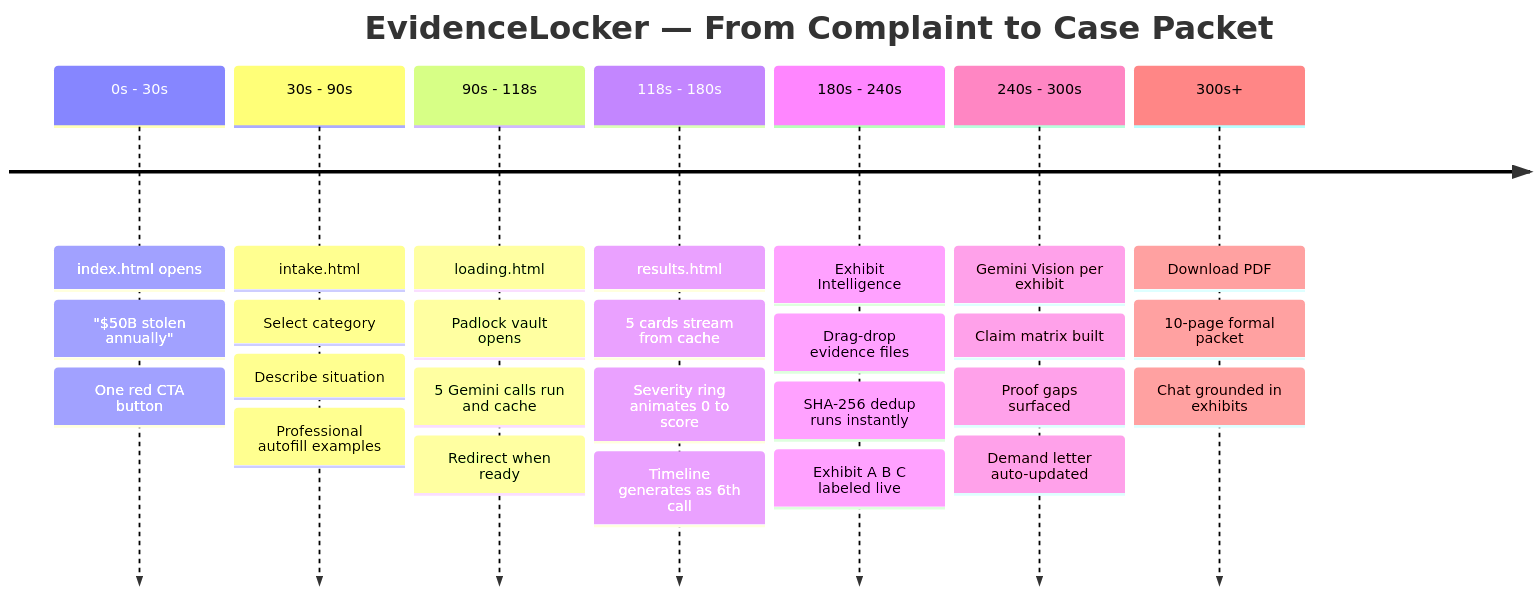
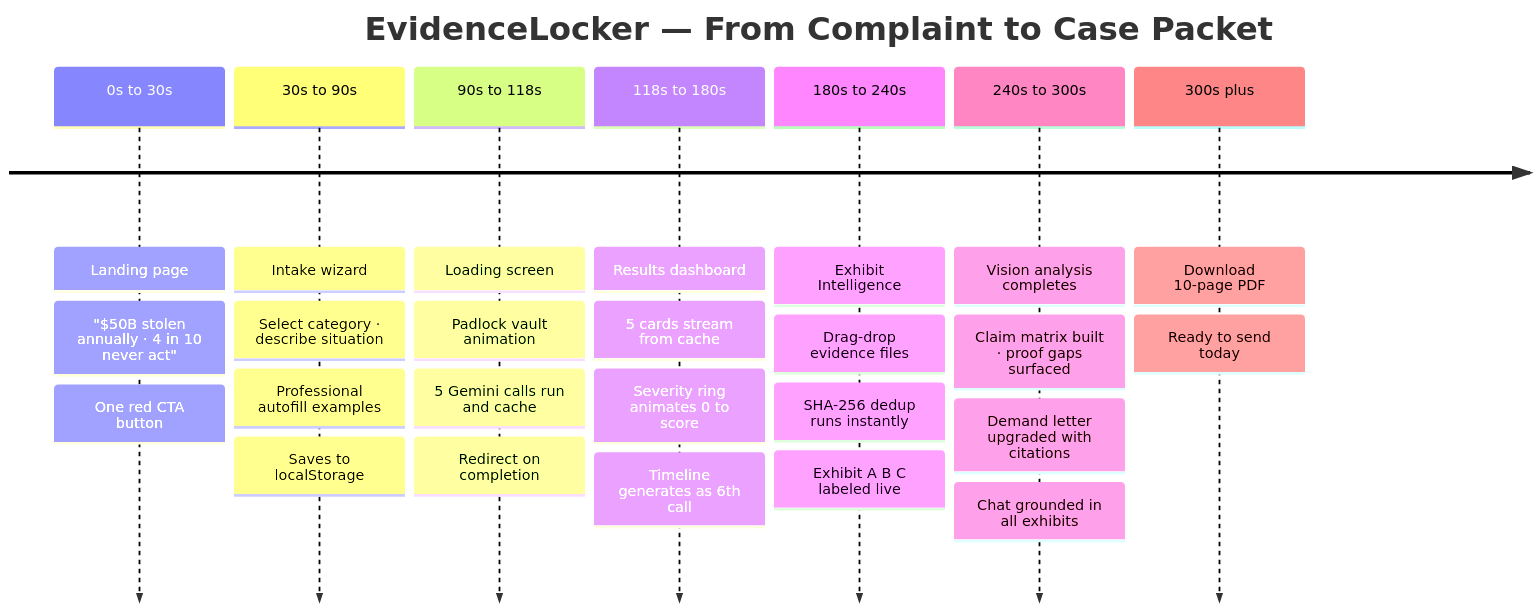
The tenth of 12 diagrams in README.md (Iceman-Dann/Evidence-Locker), drawn with Mermaid before and after one commit. The commit also changed other lines of this file, not shown here.

````diff
--- a/README.md
+++ b/README.md
@@ -498,37 +469,36 @@
 ```mermaid
 timeline
     title EvidenceLocker — From Complaint to Case Packet
 
-    0s - 30s    : index.html opens
-                : "$50B stolen annually"
+    0s to 30s   : Landing page
+                : "$50B stolen annually · 4 in 10 never act"
                 : One red CTA button
 
-    30s - 90s   : intake.html
-                : Select category
-                : Describe situation
+    30s to 90s  : Intake wizard
+                : Select category · describe situation
                 : Professional autofill examples
+                : Saves to localStorage
 
-    90s - 118s  : loading.html
-                : Padlock vault opens
+    90s to 118s : Loading screen
+                : Padlock vault animation
                 : 5 Gemini calls run and cache
-                : Redirect when ready
+                : Redirect on completion
 
-    118s - 180s : results.html
-                : 5 cards stream from cache
-                : Severity ring animates 0 to score
-                : Timeline generates as 6th call
+    118s to 180s : Results dashboard
+                 : 5 cards stream from cache
+                 : Severity ring animates 0 to score
+                 : Timeline generates as 6th call
 
-    180s - 240s : Exhibit Intelligence
-                : Drag-drop evidence files
-                : SHA-256 dedup runs instantly
-                : Exhibit A B C labeled live
+    180s to 240s : Exhibit Intelligence
+                 : Drag-drop evidence files
+                 : SHA-256 dedup runs instantly
+                 : Exhibit A B C labeled live
 
-    240s - 300s : Gemini Vision per exhibit
-                : Claim matrix built
-                : Proof gaps surfaced
-                : Demand letter auto-updated
+    240s to 300s : Vision analysis completes
+                 : Claim matrix built · proof gaps surfaced
+                 : Demand letter upgraded with citations
+                 : Chat grounded in all exhibits
 
-    300s+       : Download PDF
-                : 10-page formal packet
-                : Chat grounded in exhibits
+    300s plus   : Download 10-page PDF
+                : Ready to send today
 ```
````
